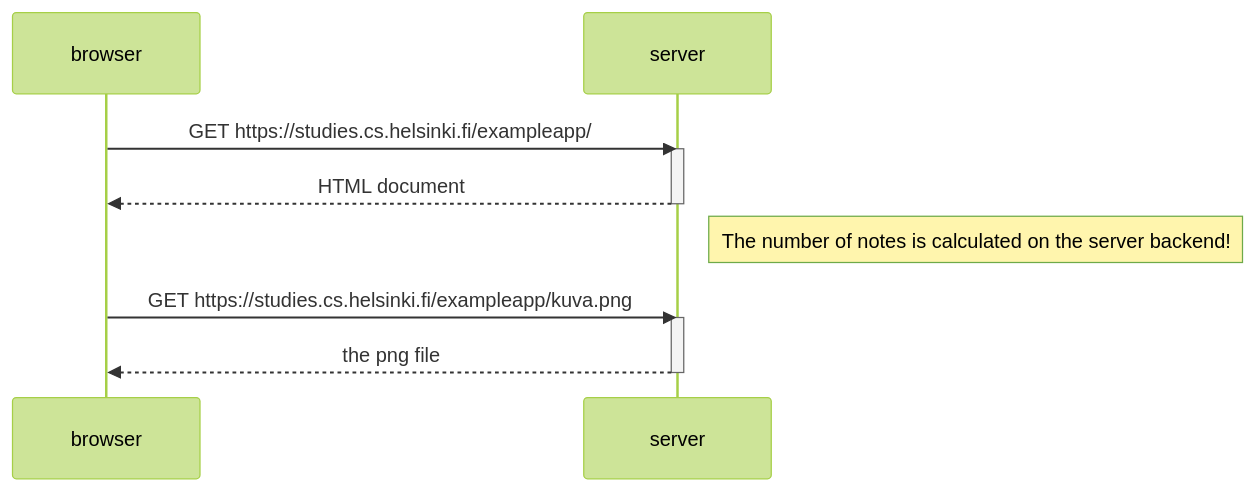
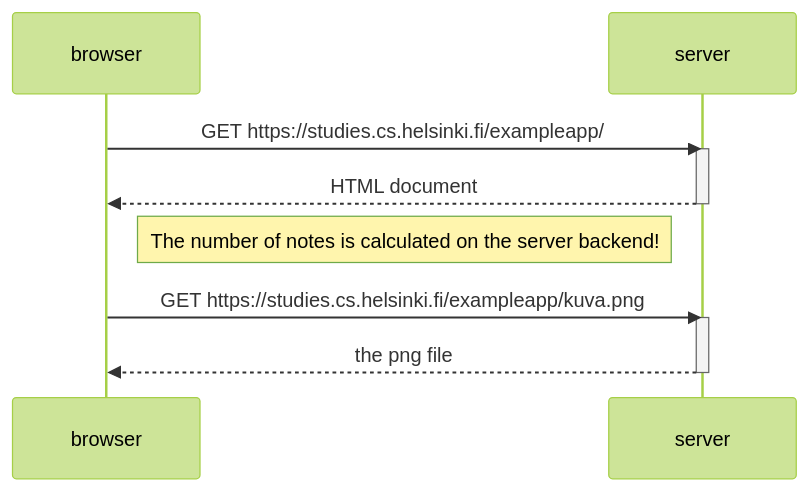
The diagram in part0/Example_TradWebApp.md (fsforge/fso), drawn with Mermaid (forest theme) before and after one commit. The commit also changed 4 other files, not shown here.

````diff
--- a/part0/Example_TradWebApp.md
+++ b/part0/Example_TradWebApp.md
@@ -1,17 +1,17 @@
 ```mermaid
 sequenceDiagram
     participant browser
     participant server
 
     browser->>server: GET https://studies.cs.helsinki.fi/exampleapp/
     activate server
     server-->>browser: HTML document
     deactivate server
 	
-	Note right of server: The number of notes is calculated on the server backend!
+	Note left of server: The number of notes is calculated on the server backend!
 
     browser->>server: GET https://studies.cs.helsinki.fi/exampleapp/kuva.png
     activate server
     server-->>browser: the png file
     deactivate server
 ```
````
